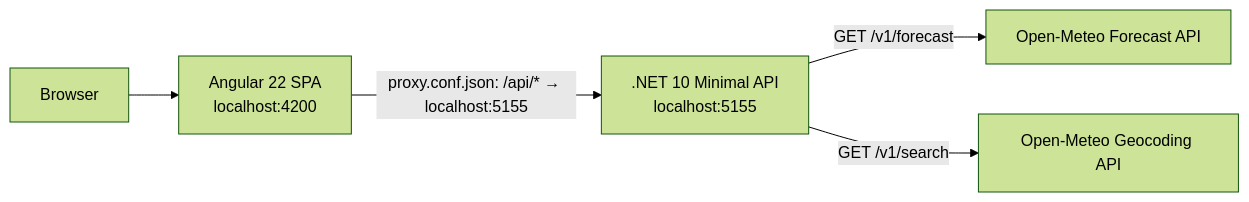
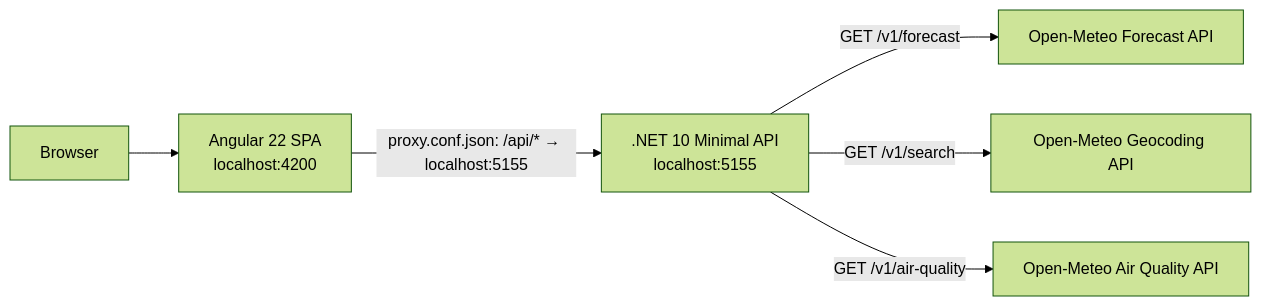
Before and after one commit to manhnguyenkhac/weather-app: the diagram in docs/ARCHITECTURE.md, drawn with Mermaid (forest theme). The commit also changed other lines of this file and 23 other files, not shown here.

````diff
--- a/docs/ARCHITECTURE.md
+++ b/docs/ARCHITECTURE.md
@@ -7,7 +7,8 @@
 ```mermaid
 flowchart LR
     B["Browser"] --> FE["Angular 22 SPA<br/>localhost:4200"]
     FE -- "proxy.conf.json: /api/* → localhost:5155" --> BE[".NET 10 Minimal API<br/>localhost:5155"]
     BE -- "GET /v1/forecast" --> OM1["Open-Meteo Forecast API"]
     BE -- "GET /v1/search" --> OM2["Open-Meteo Geocoding API"]
+    BE -- "GET /v1/air-quality" --> OM3["Open-Meteo Air Quality API"]
 ```
````
